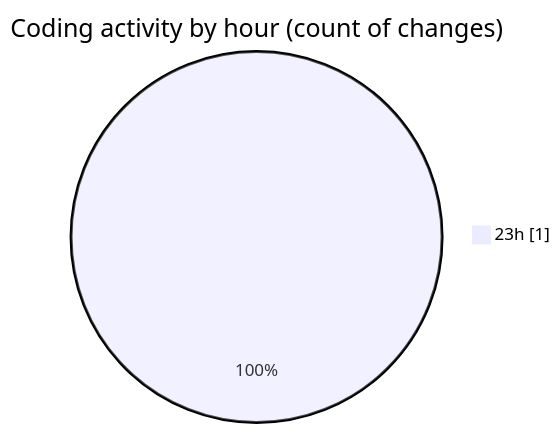
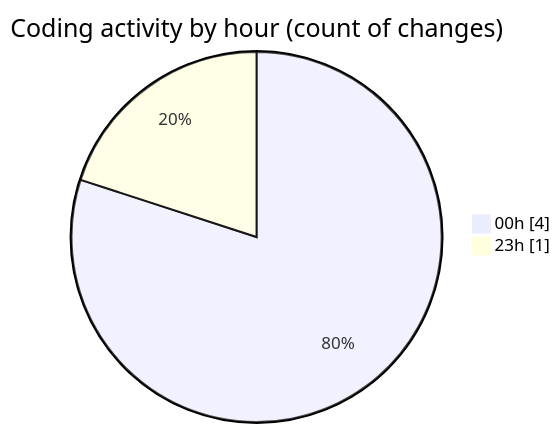
Before and after one commit to Elitesun/code-tracking: the second of 2 diagrams in 2025-04-11/product-page/README.md, drawn with Mermaid. The commit also changed other lines of this file and 1 other file, not shown here.

````diff
--- a/2025-04-11/product-page/README.md
+++ b/2025-04-11/product-page/README.md
@@ -28,5 +30,6 @@
 ```mermaid
 pie showData
 title Coding activity by hour (count of changes)
+"00h" : 4
 "23h" : 1
 ```
````
